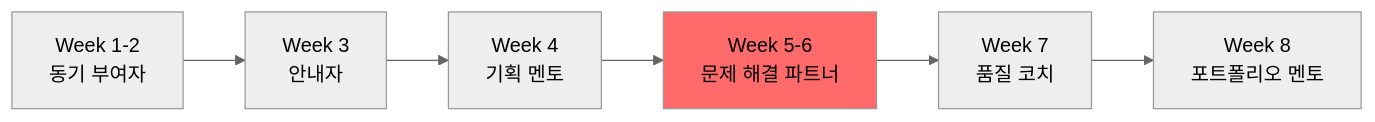
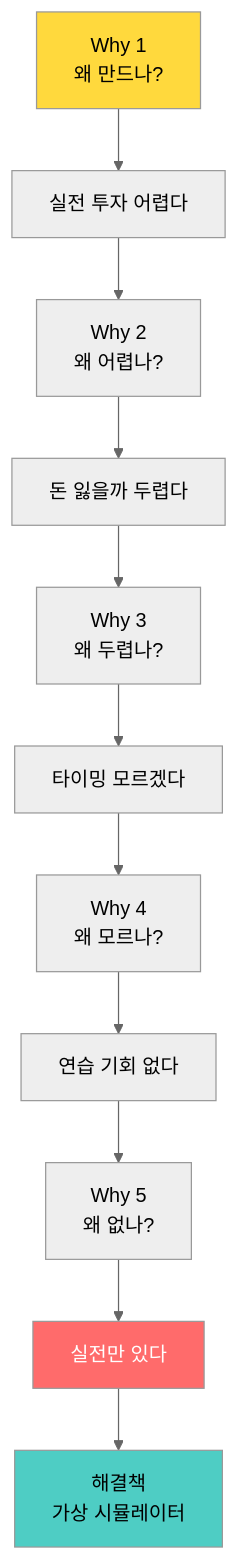
One commit to Collegenie-X/AI-Vive-Coding changed the seventh of 14 diagrams in Docs/주제/5단계-AI가상환경_실전체험_교육가이드.md. Above: the diagram before and after it, drawn with Mermaid (neutral theme). The commit also changed other lines of this file and 3 other files, not shown here.

````diff
--- a/Docs/주제/5단계-AI가상환경_실전체험_교육가이드.md
+++ b/Docs/주제/5단계-AI가상환경_실전체험_교육가이드.md
@@ -1948,10 +316,19 @@
 ```mermaid
-graph LR
-    W1[Week 1-2<br/>동기 부여자] --> W3[Week 3<br/>안내자]
-    W3 --> W4[Week 4<br/>기획 멘토]
-    W4 --> W5[Week 5-6<br/>문제 해결 파트너]
-    W5 --> W7[Week 7<br/>품질 코치]
-    W7 --> W8[Week 8<br/>포트폴리오 멘토]
+graph TB
+    Q1[Why 1<br/>왜 만드나?] --> A1[실전 투자 어렵다]
+    Q2[Why 2<br/>왜 어렵나?] --> A2[돈 잃을까 두렵다]
+    Q3[Why 3<br/>왜 두렵나?] --> A3[타이밍 모르겠다]
+    Q4[Why 4<br/>왜 모르나?] --> A4[연습 기회 없다]
+    Q5[Why 5<br/>왜 없나?] --> A5[실전만 있다]
     
-    style W5 fill:#FF6B6B
+    A1 --> Q2
+    A2 --> Q3
+    A3 --> Q4
+    A4 --> Q5
+    
+    A5 --> SOLUTION[해결책<br/>가상 시뮬레이터]
+    
+    style Q1 fill:#FFD93D
+    style A5 fill:#FF6B6B,color:#fff
+    style SOLUTION fill:#4ECDC4
 ```
````
